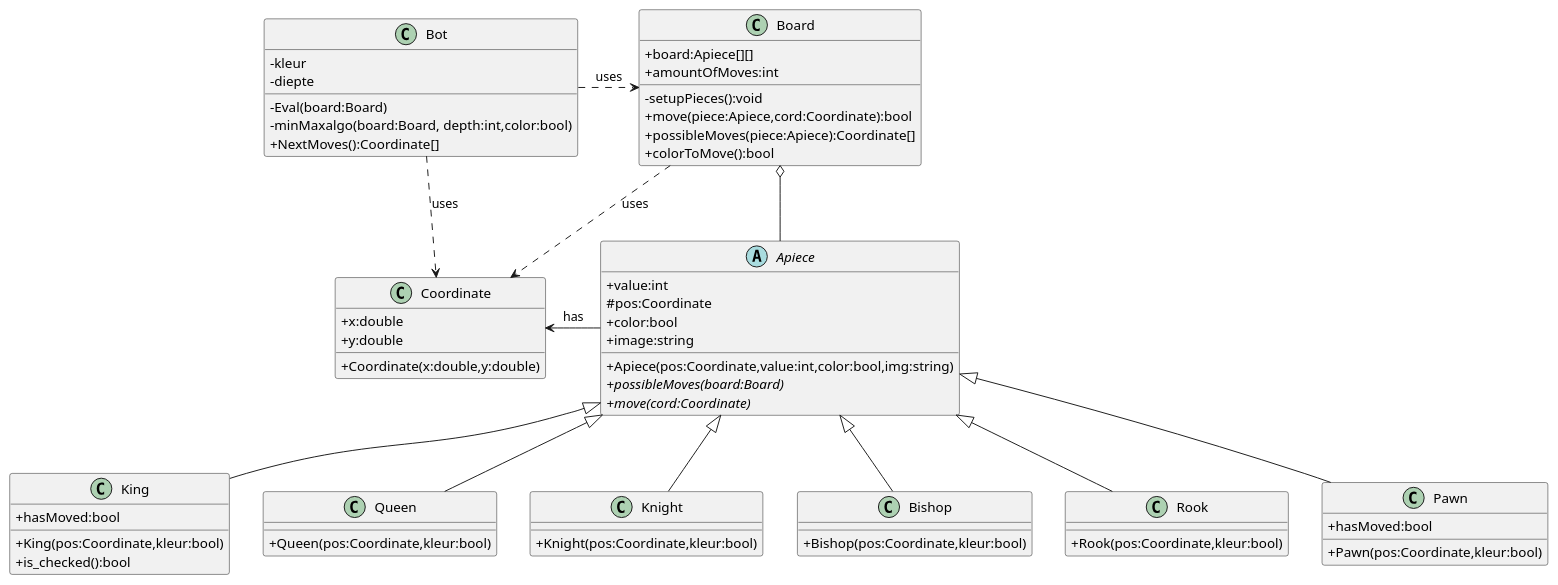
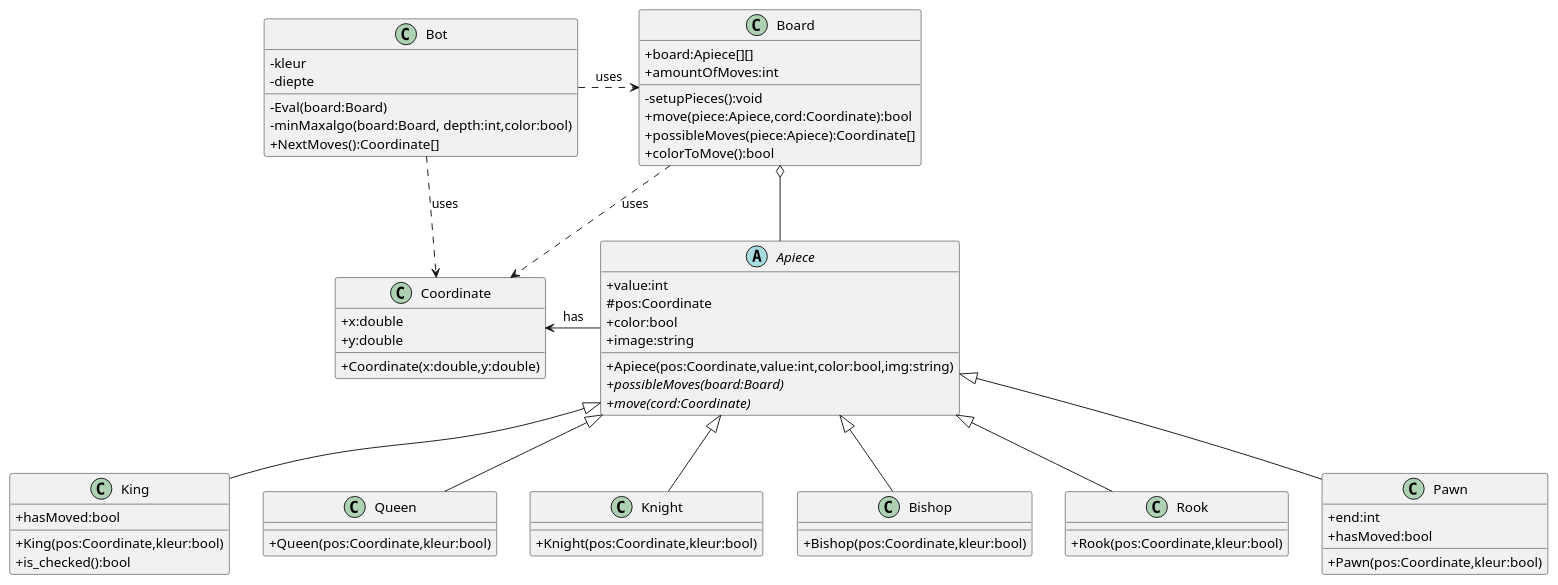
Before and after one commit to wiebe-vandendriessche/schaken: the diagram in puml_chess/Modelgame.puml, drawn with PlantUML. The commit also changed 9 other files, not shown here.

```diff
--- a/puml_chess/Modelgame.puml
+++ b/puml_chess/Modelgame.puml
@@ -1,69 +1,69 @@
 @startuml Model chessgame
 skinparam classAttributeIconSize 0
 class Board {
     +board:Apiece[][]
     +amountOfMoves:int
     -setupPieces():void
     +move(piece:Apiece,cord:Coordinate):bool
     +possibleMoves(piece:Apiece):Coordinate[]
     +colorToMove():bool
 }
 abstract class Apiece {
     + value:int
     # pos:Coordinate
     +color:bool
     +image:string 
     + Apiece(pos:Coordinate,value:int,color:bool,img:string)
     + possibleMoves(board:Board) {abstract}
     + move(cord:Coordinate) {abstract}
 }
 
 class King{
     +King(pos:Coordinate,kleur:bool)
     +hasMoved:bool
     +is_checked():bool
 
 }
 class Queen{
     +Queen(pos:Coordinate,kleur:bool)
 }
 class Knight{
     +Knight(pos:Coordinate,kleur:bool)
 }
 class Bishop{
     +Bishop(pos:Coordinate,kleur:bool)
 }
 class Rook{
     +Rook(pos:Coordinate,kleur:bool)
 }
 class Pawn{
-    
+    +end:int
     +hasMoved:bool
     +Pawn(pos:Coordinate,kleur:bool)
 }
 class Coordinate{
     +x:double
     +y:double
     +Coordinate(x:double,y:double)
 }
 class Bot{
     -kleur
     -diepte
     -Eval(board:Board)
     -minMaxalgo(board:Board, depth:int,color:bool)
     +NextMoves():Coordinate[]
 }
 Apiece <|--King
 Apiece <|--Queen
 Apiece <|--Bishop
 Apiece <|--Knight
 Apiece <|-- Rook
 Apiece <|--Pawn
 Board o-- Apiece
 Apiece -left->Coordinate:has 
 Board ..> Coordinate:uses
 Bot .right.>Board:uses
 Bot ..> Coordinate:uses
 
 
 @enduml
```
